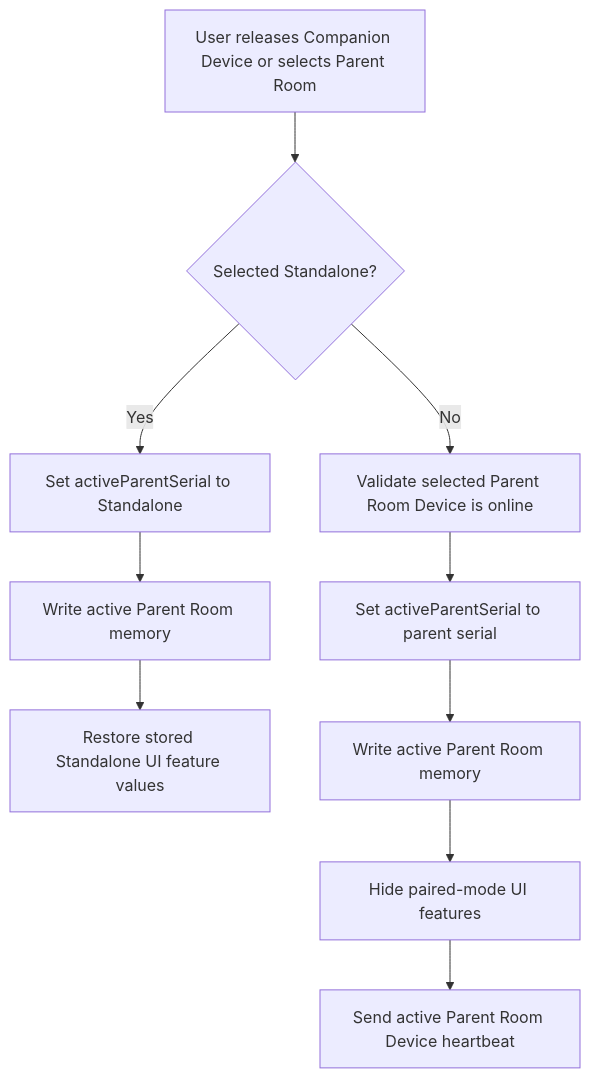
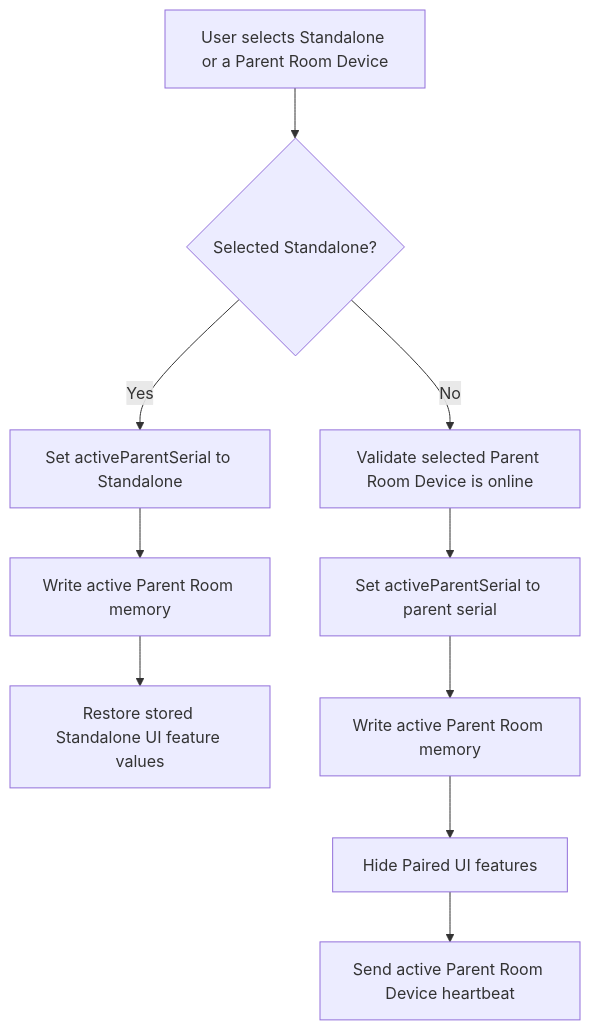
Before and after one commit to ctg-tme/Custom_Companion_2026: the eighth of 8 diagrams in README.md, drawn with Mermaid. The commit also changed other lines of this file and 26 other files, not shown here.

````diff
--- a/README.md
+++ b/README.md
@@ -315,12 +315,12 @@
 ```mermaid
 flowchart TD
-	A[User releases Companion Device or selects Parent Room] --> B{Selected Standalone?}
+	A[User selects Standalone or a Parent Room Device] --> B{Selected Standalone?}
 	B -- Yes --> C[Set activeParentSerial to Standalone]
 	C --> D[Write active Parent Room memory]
 	D --> E[Restore stored Standalone UI feature values]
 	B -- No --> F[Validate selected Parent Room Device is online]
 	F --> G[Set activeParentSerial to parent serial]
 	G --> H[Write active Parent Room memory]
-	H --> I[Hide paired-mode UI features]
+	H --> I[Hide Paired UI features]
 	I --> J[Send active Parent Room Device heartbeat]
 ```
````
